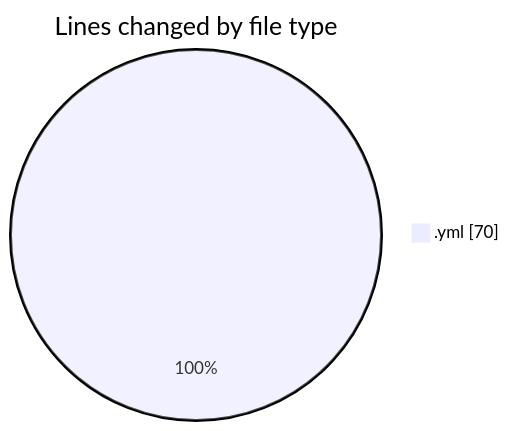
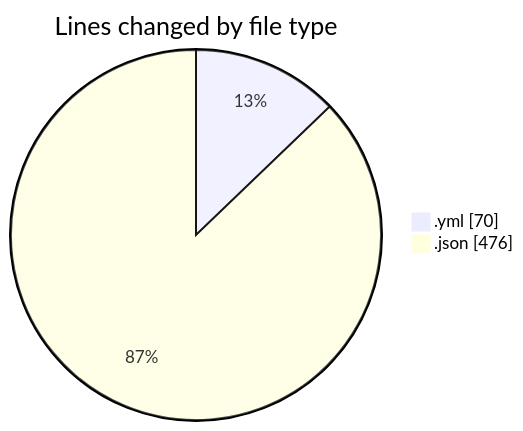
Before and after one commit to momahboobian/code-tracking: the first of 2 diagrams in 2026-07-12/downloads/README.md, drawn with Mermaid. The commit also changed other lines of this file and 1 other file, not shown here.

````diff
--- a/2026-07-12/downloads/README.md
+++ b/2026-07-12/downloads/README.md
@@ -20,5 +22,6 @@
 ```mermaid
 pie showData
 title Lines changed by file type
 ".yml" : 70
+".json" : 476
 ```
````
